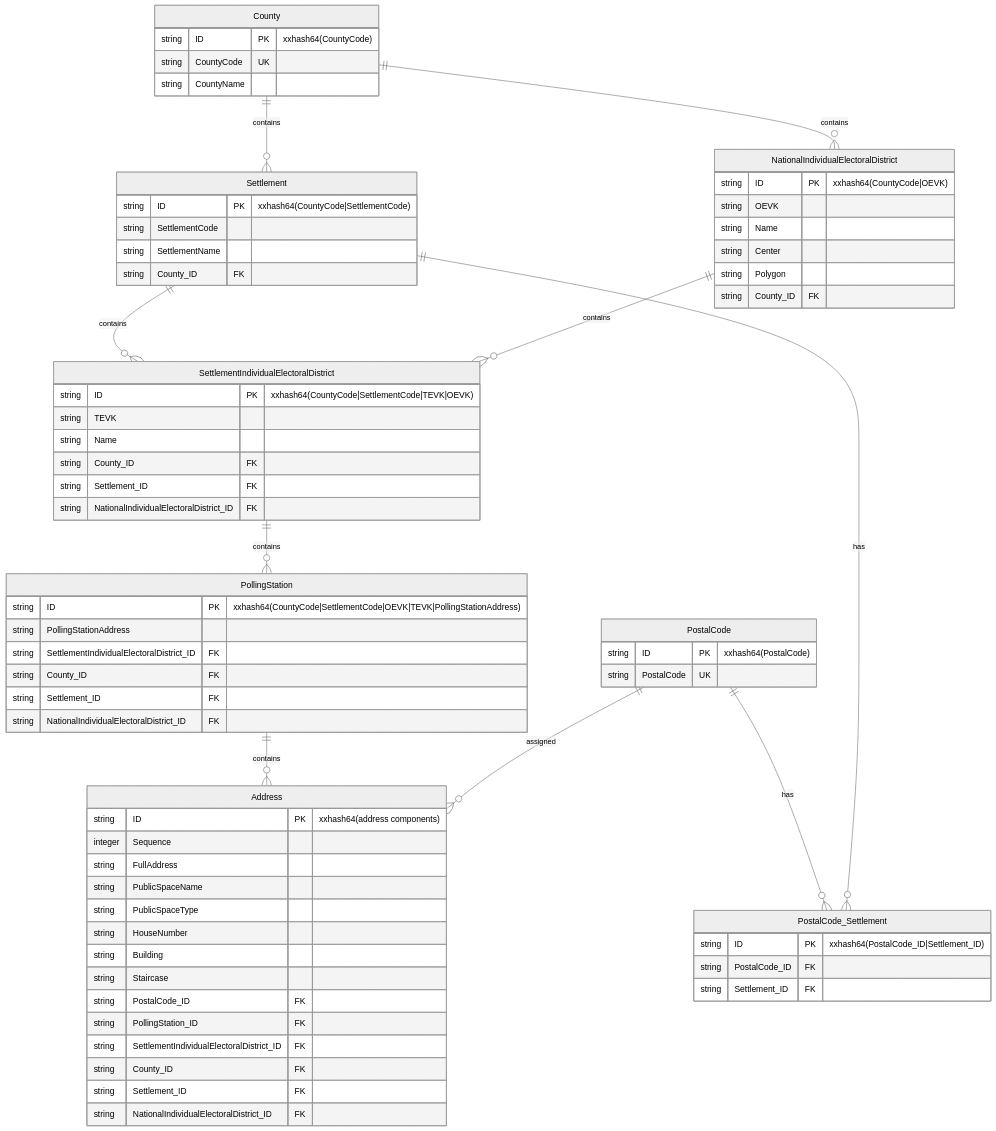
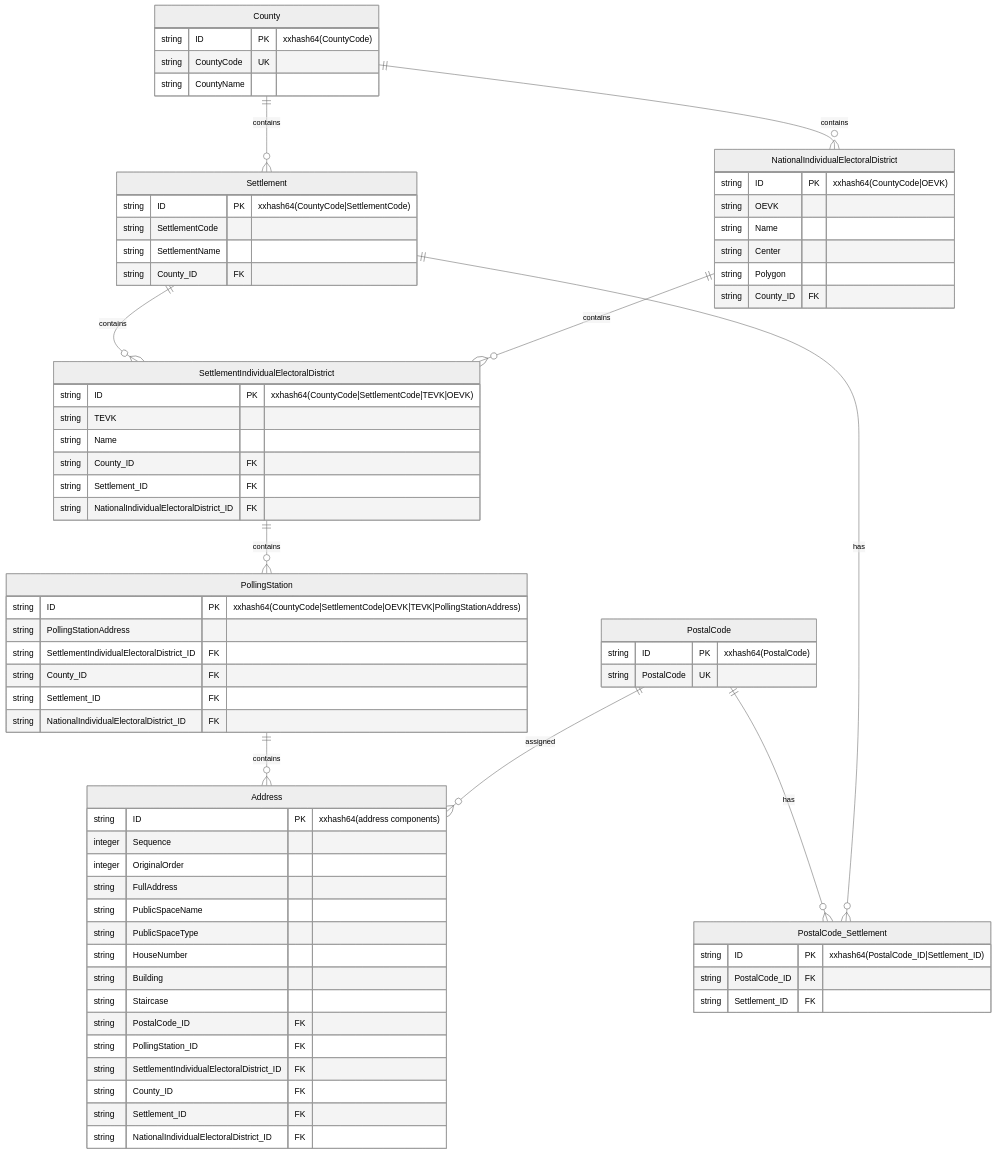
Before and after one commit to mkkp/oevk-data: the first of 2 diagrams in README.md, drawn with Mermaid (neutral theme). The commit also changed other lines of this file and 5 other files, not shown here.

First line of the commit message:
feat(data-lineage): add OriginalOrder field to track CSV loading sequence

````diff
--- a/README.md
+++ b/README.md
@@ -203,73 +203,74 @@
 ```mermaid
 erDiagram
     County ||--o{ Settlement : contains
     County ||--o{ NationalIndividualElectoralDistrict : contains
     Settlement ||--o{ SettlementIndividualElectoralDistrict : contains
     NationalIndividualElectoralDistrict ||--o{ SettlementIndividualElectoralDistrict : contains
     SettlementIndividualElectoralDistrict ||--o{ PollingStation : contains
     PollingStation ||--o{ Address : contains
     PostalCode ||--o{ PostalCode_Settlement : has
     Settlement ||--o{ PostalCode_Settlement : has
     PostalCode ||--o{ Address : assigned
     
     County {
         string ID PK "xxhash64(CountyCode)"
         string CountyCode UK
         string CountyName
     }
     Settlement {
         string ID PK "xxhash64(CountyCode|SettlementCode)"
         string SettlementCode
         string SettlementName
         string County_ID FK
     }
     NationalIndividualElectoralDistrict {
         string ID PK "xxhash64(CountyCode|OEVK)"
         string OEVK
         string Name
         string Center
         string Polygon
         string County_ID FK
     }
     SettlementIndividualElectoralDistrict {
         string ID PK "xxhash64(CountyCode|SettlementCode|TEVK|OEVK)"
         string TEVK
         string Name
         string County_ID FK
         string Settlement_ID FK
         string NationalIndividualElectoralDistrict_ID FK
     }
     PostalCode {
         string ID PK "xxhash64(PostalCode)"
         string PostalCode UK
     }
     PostalCode_Settlement {
         string ID PK "xxhash64(PostalCode_ID|Settlement_ID)"
         string PostalCode_ID FK
         string Settlement_ID FK
     }
     PollingStation {
         string ID PK "xxhash64(CountyCode|SettlementCode|OEVK|TEVK|PollingStationAddress)"
         string PollingStationAddress
         string SettlementIndividualElectoralDistrict_ID FK
         string County_ID FK
         string Settlement_ID FK
         string NationalIndividualElectoralDistrict_ID FK
     }
     Address {
         string ID PK "xxhash64(address components)"
         integer Sequence
+        integer OriginalOrder
         string FullAddress
         string PublicSpaceName
         string PublicSpaceType
         string HouseNumber
         string Building
         string Staircase
         string PostalCode_ID FK
         string PollingStation_ID FK
         string SettlementIndividualElectoralDistrict_ID FK
         string County_ID FK
         string Settlement_ID FK
         string NationalIndividualElectoralDistrict_ID FK
     }
 ```
````
